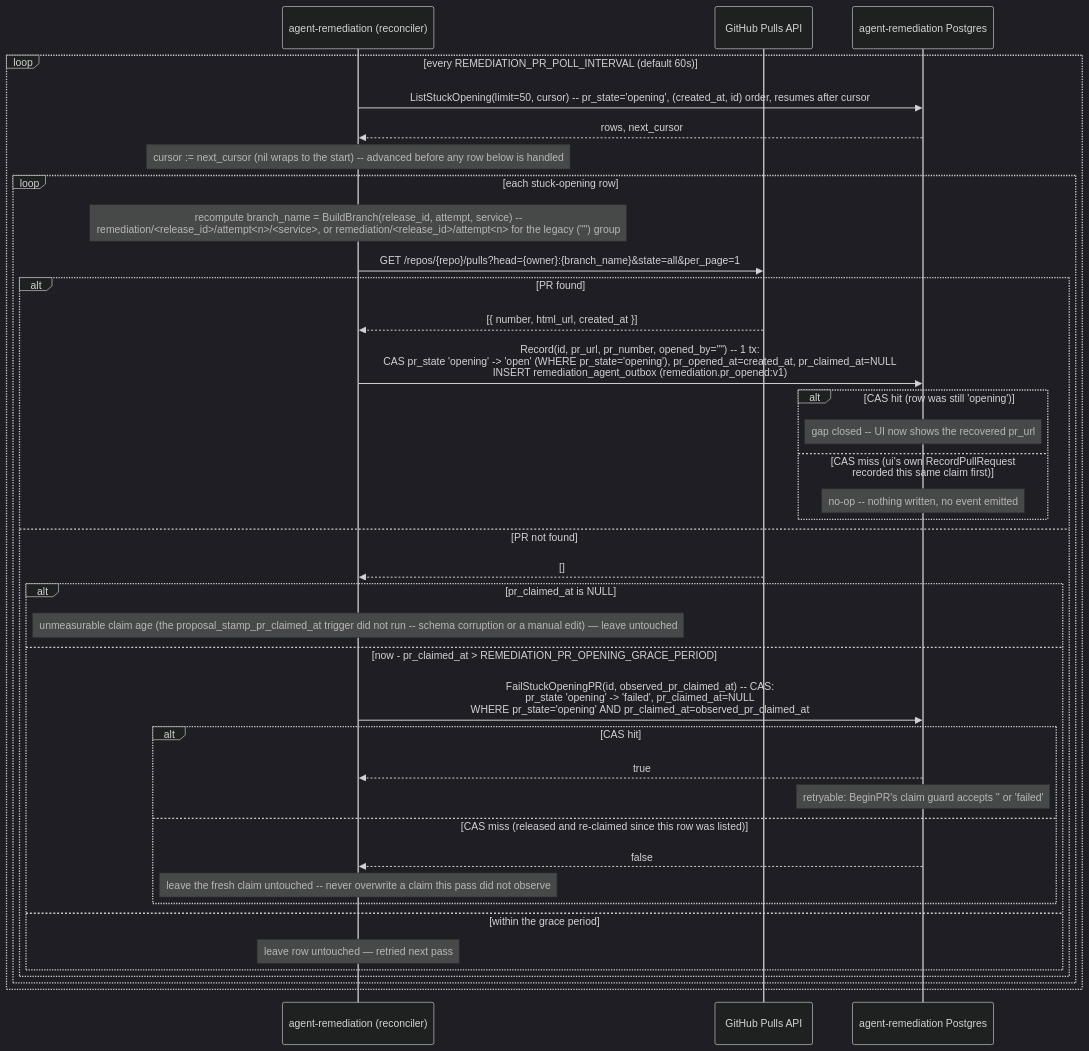
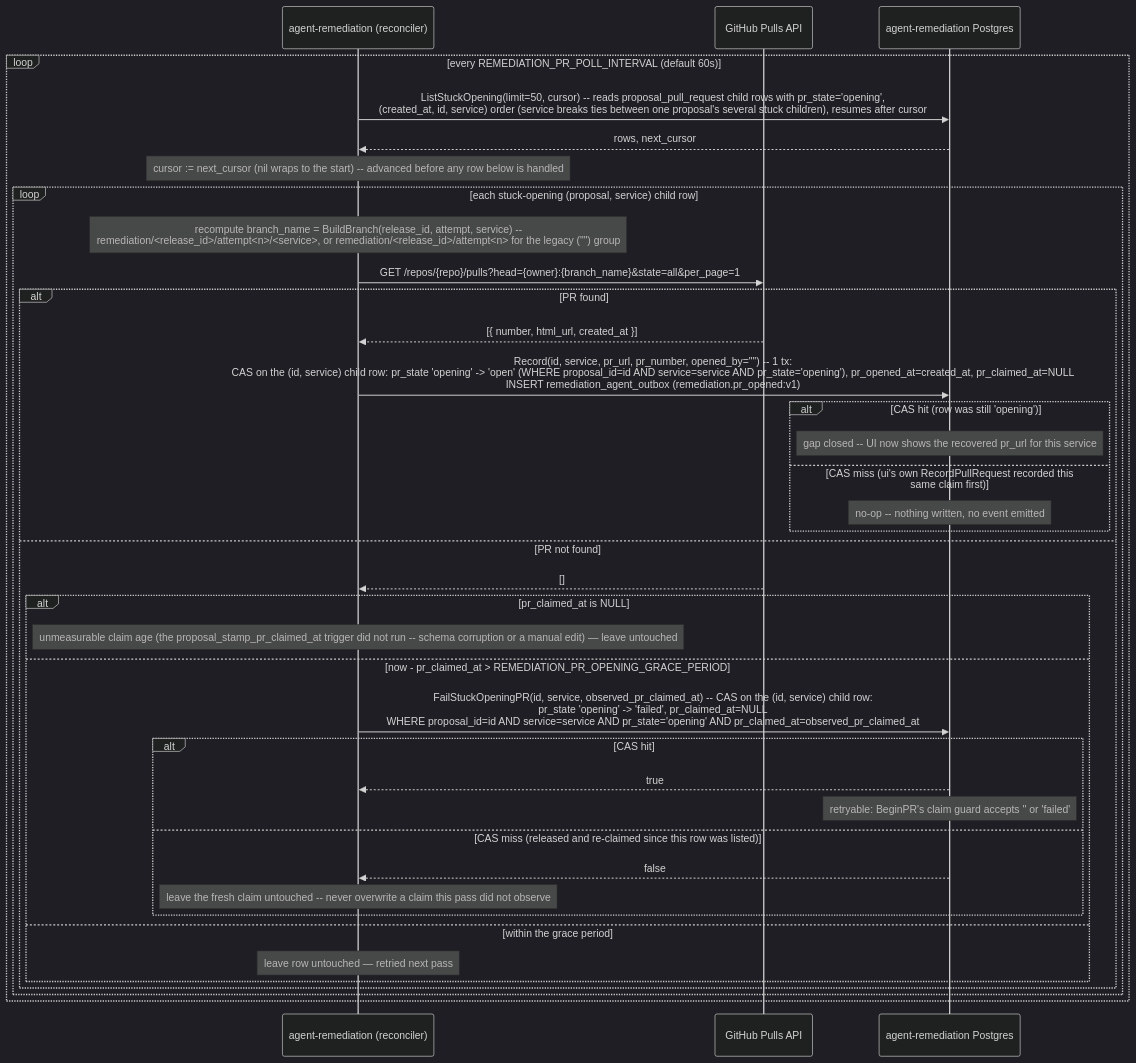
One commit to carolsimone/continuo changed diagram 16 of 16 in docs/arch/03-sequence-flows.md. Above: the diagram before and after it, drawn with Mermaid (dark theme). The commit also changed other lines of this file and 3 other files, not shown here.

Commit message:
docs/arch: per-service remediation PRs + merged-PR provenance edges

````diff
--- a/docs/arch/03-sequence-flows.md
+++ b/docs/arch/03-sequence-flows.md
@@ -839,41 +839,41 @@
 ```mermaid
 sequenceDiagram
   participant RA as agent-remediation (reconciler)
   participant GH as GitHub Pulls API
   participant PG as agent-remediation Postgres
 
   loop every REMEDIATION_PR_POLL_INTERVAL (default 60s)
-    RA->>PG: ListStuckOpening(limit=50, cursor) -- pr_state='opening', (created_at, id) order, resumes after cursor
+    RA->>PG: ListStuckOpening(limit=50, cursor) -- reads proposal_pull_request child rows with pr_state='opening',<br/>(created_at, id, service) order (service breaks ties between one proposal's several stuck children), resumes after cursor
     PG-->>RA: rows, next_cursor
     Note over RA: cursor := next_cursor (nil wraps to the start) -- advanced before any row below is handled
-    loop each stuck-opening row
+    loop each stuck-opening (proposal, service) child row
       Note over RA: recompute branch_name = BuildBranch(release_id, attempt, service) --<br/>remediation/<release_id>/attempt<n>/<service>, or remediation/<release_id>/attempt<n> for the legacy ("") group
       RA->>GH: GET /repos/{repo}/pulls?head={owner}:{branch_name}&state=all&per_page=1
       alt PR found
         GH-->>RA: [{ number, html_url, created_at }]
-        RA->>PG: Record(id, pr_url, pr_number, opened_by="") -- 1 tx:<br/>CAS pr_state 'opening' -> 'open' (WHERE pr_state='opening'), pr_opened_at=created_at, pr_claimed_at=NULL<br/>INSERT remediation_agent_outbox (remediation.pr_opened:v1)
+        RA->>PG: Record(id, service, pr_url, pr_number, opened_by="") -- 1 tx:<br/>CAS on the (id, service) child row: pr_state 'opening' -> 'open' (WHERE proposal_id=id AND service=service AND pr_state='opening'), pr_opened_at=created_at, pr_claimed_at=NULL<br/>INSERT remediation_agent_outbox (remediation.pr_opened:v1)
         alt CAS hit (row was still 'opening')
-          Note over PG: gap closed -- UI now shows the recovered pr_url
+          Note over PG: gap closed -- UI now shows the recovered pr_url for this service
         else CAS miss (ui's own RecordPullRequest recorded this same claim first)
           Note over PG: no-op -- nothing written, no event emitted
         end
       else PR not found
         GH-->>RA: []
         alt pr_claimed_at is NULL
           Note over RA: unmeasurable claim age (the proposal_stamp_pr_claimed_at trigger did not run -- schema corruption or a manual edit) — leave untouched
         else now - pr_claimed_at > REMEDIATION_PR_OPENING_GRACE_PERIOD
-          RA->>PG: FailStuckOpeningPR(id, observed_pr_claimed_at) -- CAS:<br/>pr_state 'opening' -> 'failed', pr_claimed_at=NULL<br/>WHERE pr_state='opening' AND pr_claimed_at=observed_pr_claimed_at
+          RA->>PG: FailStuckOpeningPR(id, service, observed_pr_claimed_at) -- CAS on the (id, service) child row:<br/>pr_state 'opening' -> 'failed', pr_claimed_at=NULL<br/>WHERE proposal_id=id AND service=service AND pr_state='opening' AND pr_claimed_at=observed_pr_claimed_at
           alt CAS hit
             PG-->>RA: true
             Note over PG: retryable: BeginPR's claim guard accepts '' or 'failed'
           else CAS miss (released and re-claimed since this row was listed)
             PG-->>RA: false
             Note over RA: leave the fresh claim untouched -- never overwrite a claim this pass did not observe
           end
         else within the grace period
           Note over RA: leave row untouched — retried next pass
         end
       end
     end
   end
 ```
````
